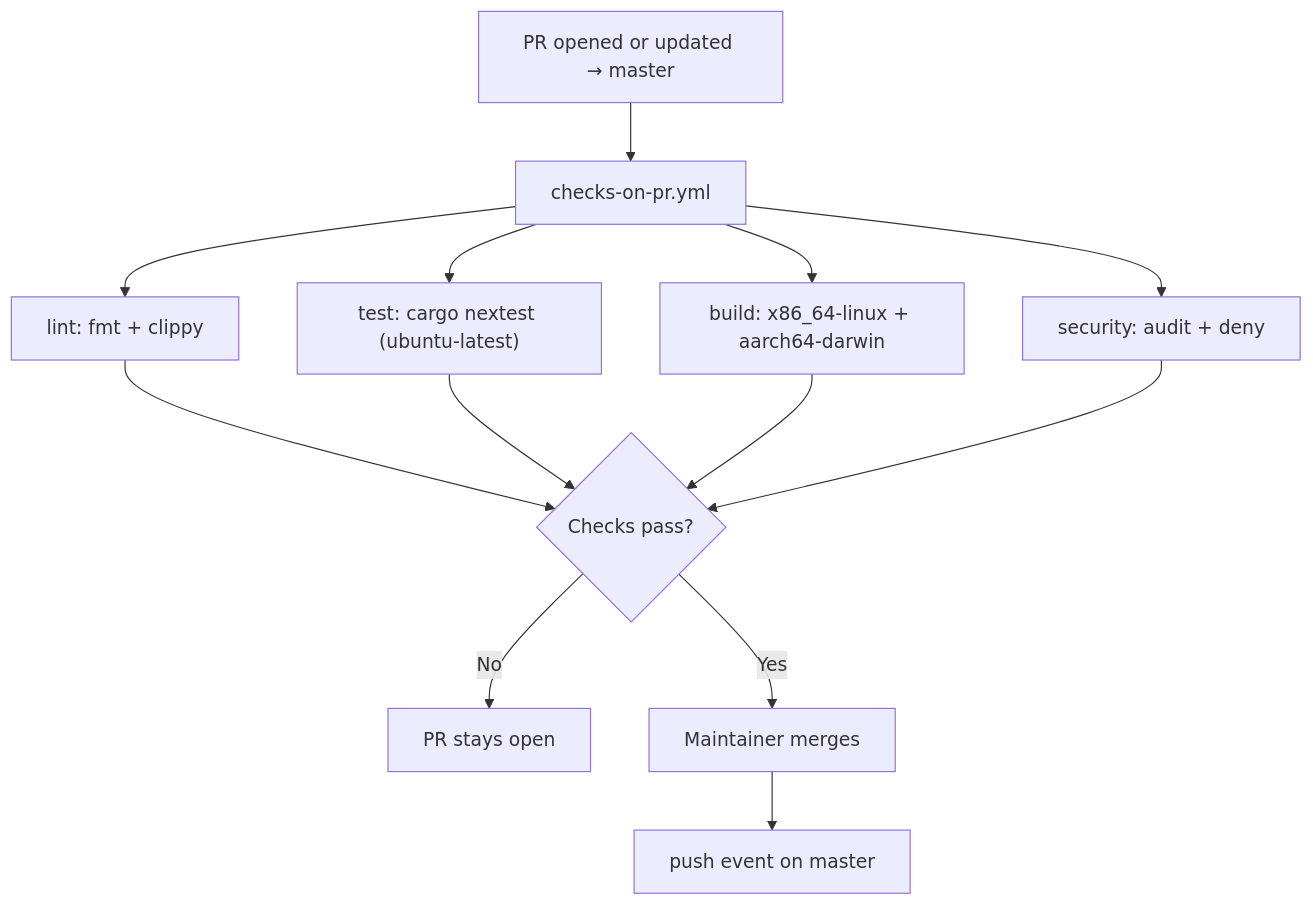
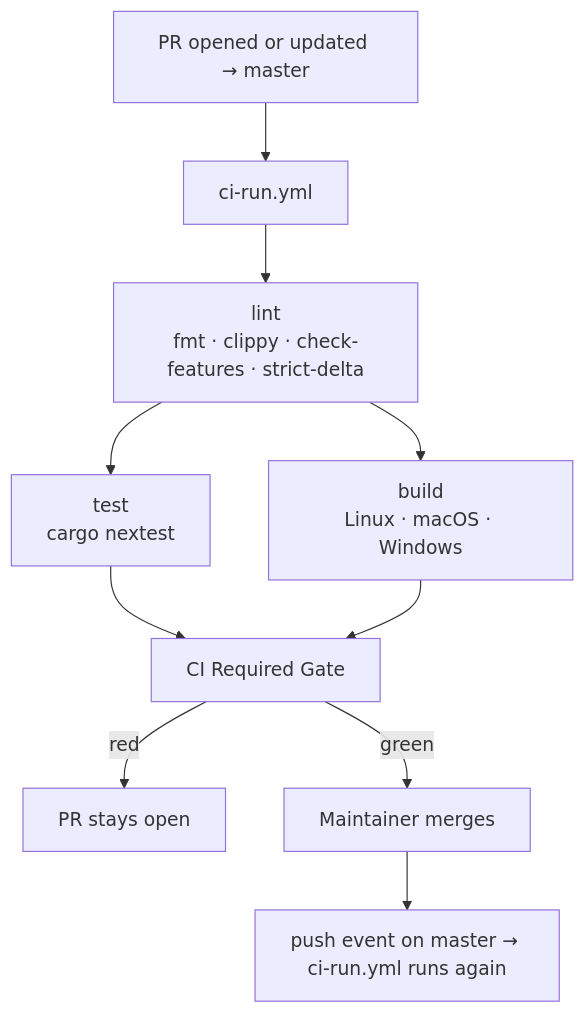
One commit to zeroclaw-labs/zeroclaw changed the first of 2 diagrams in .github/workflows/master-branch-flow.md. Above: the diagram before and after it, drawn with Mermaid. The commit also changed other lines of this file and 1 other file, not shown here.

First line of the commit message:
ci: rewrite ci-map.md and master-branch-flow.md to reflect v0.7.4 CI state

````diff
--- a/.github/workflows/master-branch-flow.md
+++ b/.github/workflows/master-branch-flow.md
@@ -93,12 +113,11 @@
 ```mermaid
 flowchart TD
-  A["PR opened or updated → master"] --> B["checks-on-pr.yml"]
-  B --> B0["lint: fmt + clippy"]
-  B --> B1["test: cargo nextest (ubuntu-latest)"]
-  B --> B2["build: x86_64-linux + aarch64-darwin"]
-  B --> B3["security: audit + deny"]
-  B0 & B1 & B2 & B3 --> C{"Checks pass?"}
-  C -->|No| D["PR stays open"]
-  C -->|Yes| E["Maintainer merges"]
-  E --> F["push event on master"]
+  A["PR opened or updated → master"] --> B["ci-run.yml"]
+  B --> L["lint\nfmt · clippy · check-features · strict-delta"]
+  L --> T["test\ncargo nextest"]
+  L --> BLD["build\nLinux · macOS · Windows"]
+  T & BLD --> G["CI Required Gate"]
+  G -->|red| D["PR stays open"]
+  G -->|green| R["Maintainer merges"]
+  R --> P["push event on master → ci-run.yml runs again"]
 ```
````
